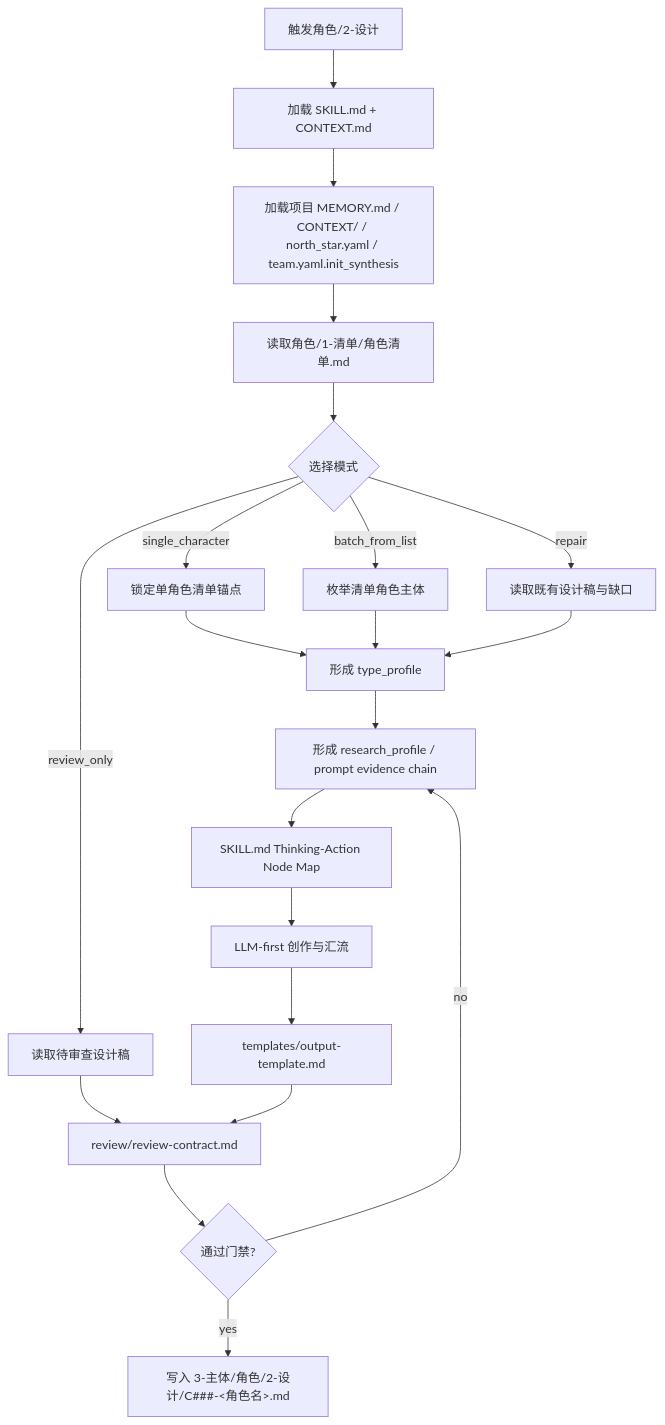
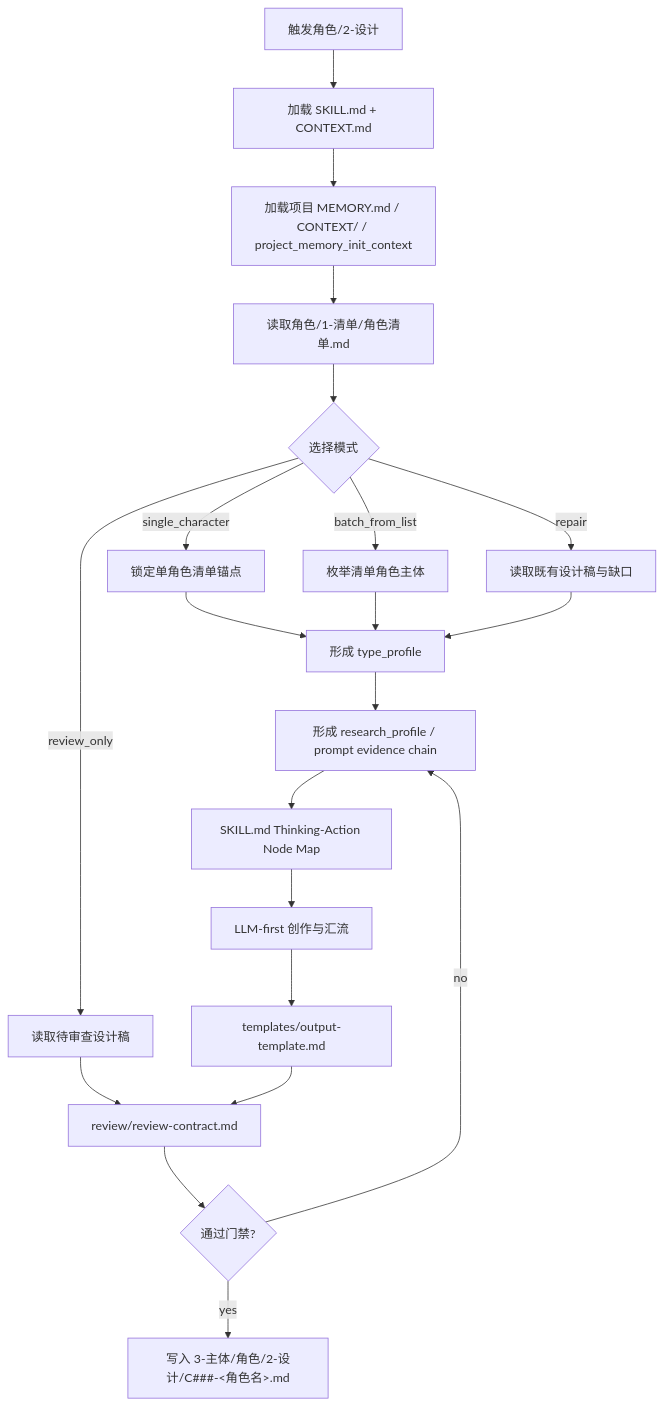
Before and after one commit to ZEN-VOID/AI-CUT: the first of 3 diagrams in .agents/skills/aigc/3-主体/角色/2-设计/SKILL.md, drawn with Mermaid. The commit also changed other lines of this file and 439 other files, not shown here.

````diff
--- a/.agents/skills/aigc/3-主体/角色/2-设计/SKILL.md
+++ b/.agents/skills/aigc/3-主体/角色/2-设计/SKILL.md
@@ -278,23 +293,23 @@
 ```mermaid
 flowchart TD
     A["触发角色/2-设计"] --> B["加载 SKILL.md + CONTEXT.md"]
-    B --> C["加载项目 MEMORY.md / CONTEXT/ / north_star.yaml / team.yaml.init_synthesis"]
+    B --> C["加载项目 MEMORY.md / CONTEXT/ / project_memory_init_context"]
     C --> D["读取角色/1-清单/角色清单.md"]
     D --> E{"选择模式"}
     E -->|"single_character"| F["锁定单角色清单锚点"]
     E -->|"batch_from_list"| G["枚举清单角色主体"]
     E -->|"repair"| H["读取既有设计稿与缺口"]
     E -->|"review_only"| I["读取待审查设计稿"]
     F --> J["形成 type_profile"]
     G --> J
     H --> J
     I --> N["review/review-contract.md"]
     J --> K["形成 research_profile / prompt evidence chain"]
     K --> L["SKILL.md Thinking-Action Node Map"]
     L --> Q["LLM-first 创作与汇流"]
     Q --> M["templates/output-template.md"]
     M --> N
     N --> O{"通过门禁?"}
     O -->|"yes"| P["写入 3-主体/角色/2-设计/C###-<角色名>.md"]
     O -->|"no"| K
 ```
````
